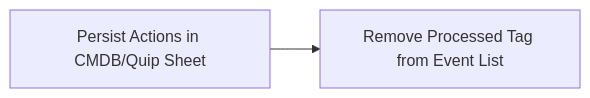
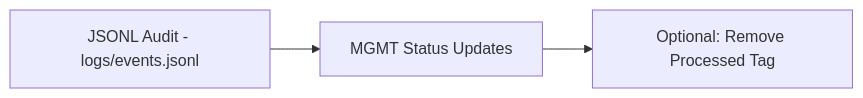
Before and after one commit to veeragoni/hpc-maintenance: the eighth of 8 diagrams in README.md, drawn with Mermaid. The commit also changed other lines of this file, not shown here.

Commit message:
updated readme with udpated flows

````diff
--- a/README.md
+++ b/README.md
@@ -114,4 +133,5 @@
 ```mermaid
 graph LR
-    A[Persist Actions in CMDB/Quip Sheet] --> B[Remove Processed Tag from Event List]
+    A[JSONL Audit - logs/events.jsonl] --> B[MGMT Status Updates]
+    B --> C[Optional: Remove Processed Tag]
 ```
````
